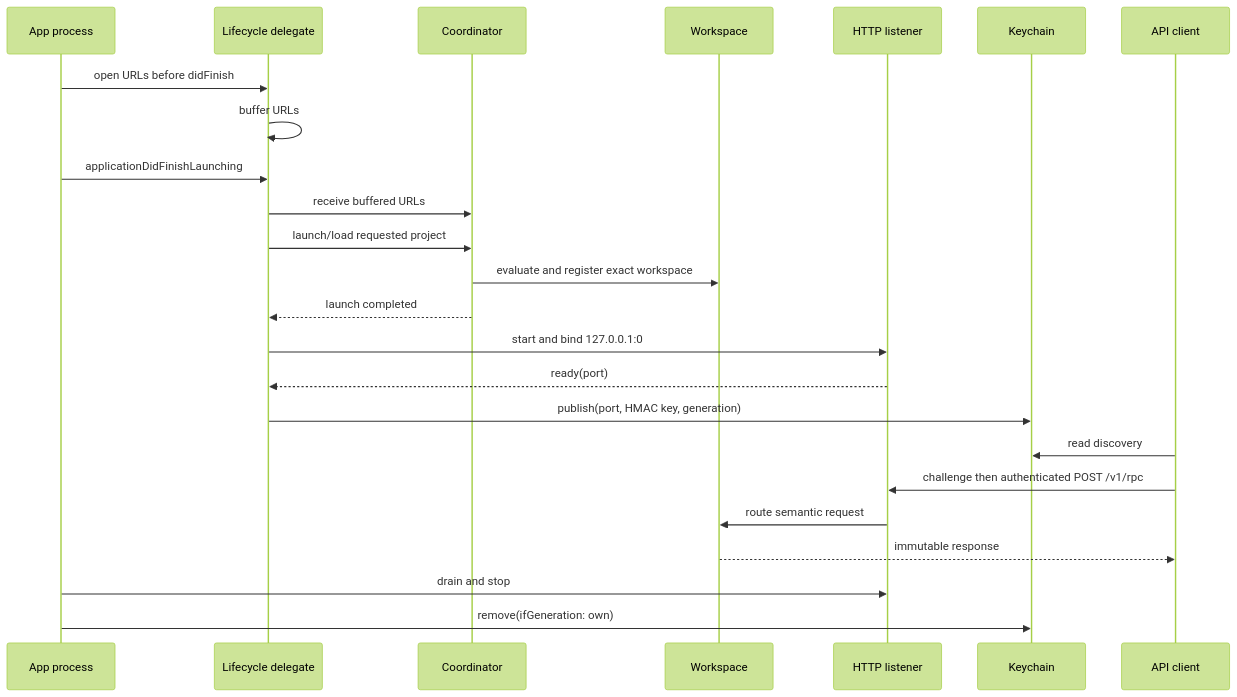
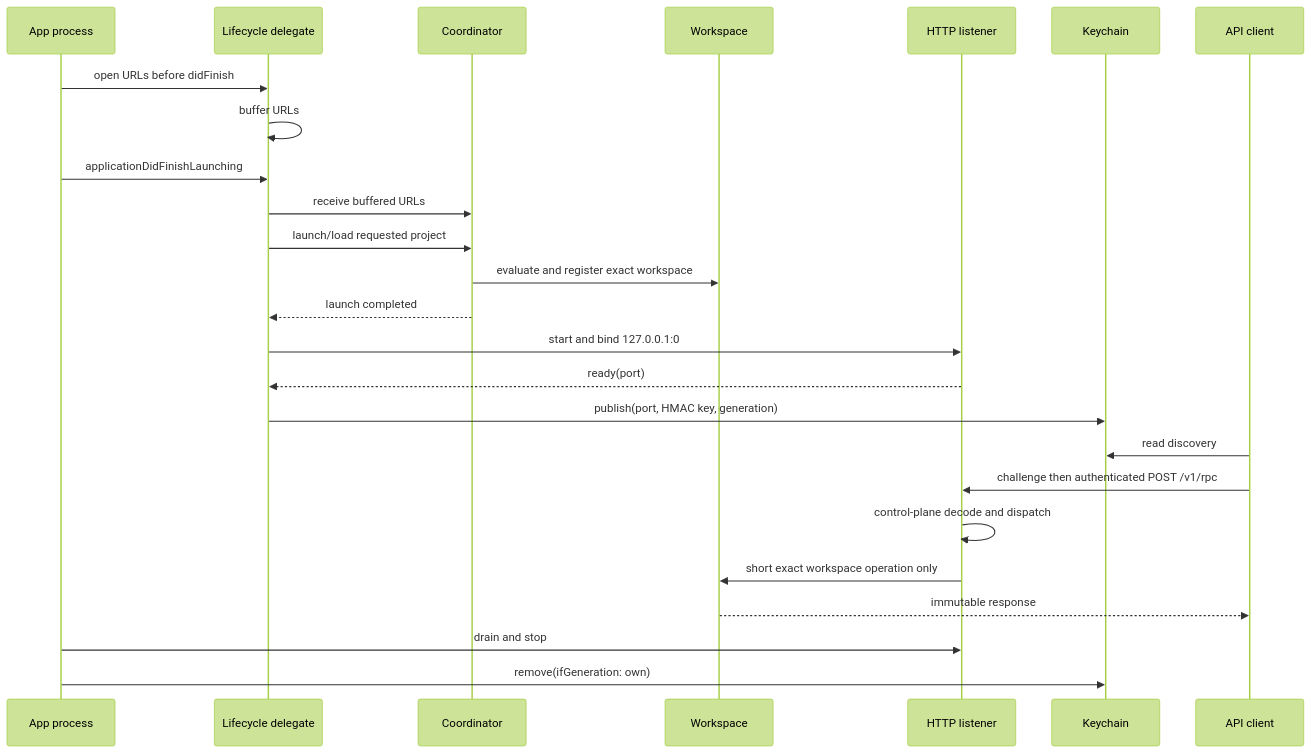
Before and after one commit to 1amageek/Rupa: the second of 2 diagrams in Rupa/Rupa/Rupa/DESIGN.md, drawn with Mermaid (forest theme). The commit also changed other lines of this file and 13 other files, not shown here.

````diff
--- a/Rupa/Rupa/Rupa/DESIGN.md
+++ b/Rupa/Rupa/Rupa/DESIGN.md
@@ -96,26 +111,27 @@
 ```mermaid
 sequenceDiagram
     participant OS as App process
     participant D as Lifecycle delegate
     participant C as Coordinator
     participant W as Workspace
     participant L as HTTP listener
     participant K as Keychain
     OS->>D: open URLs before didFinish
     D->>D: buffer URLs
     OS->>D: applicationDidFinishLaunching
     D->>C: receive buffered URLs
     D->>C: launch/load requested project
     C->>W: evaluate and register exact workspace
     C-->>D: launch completed
     D->>L: start and bind 127.0.0.1:0
     L-->>D: ready(port)
     D->>K: publish(port, HMAC key, generation)
     participant A as API client
     A->>K: read discovery
     A->>L: challenge then authenticated POST /v1/rpc
-    L->>W: route semantic request
+    L->>L: control-plane decode and dispatch
+    L->>W: short exact workspace operation only
     W-->>A: immutable response
     OS->>L: drain and stop
     OS->>K: remove(ifGeneration: own)
 ```
````
